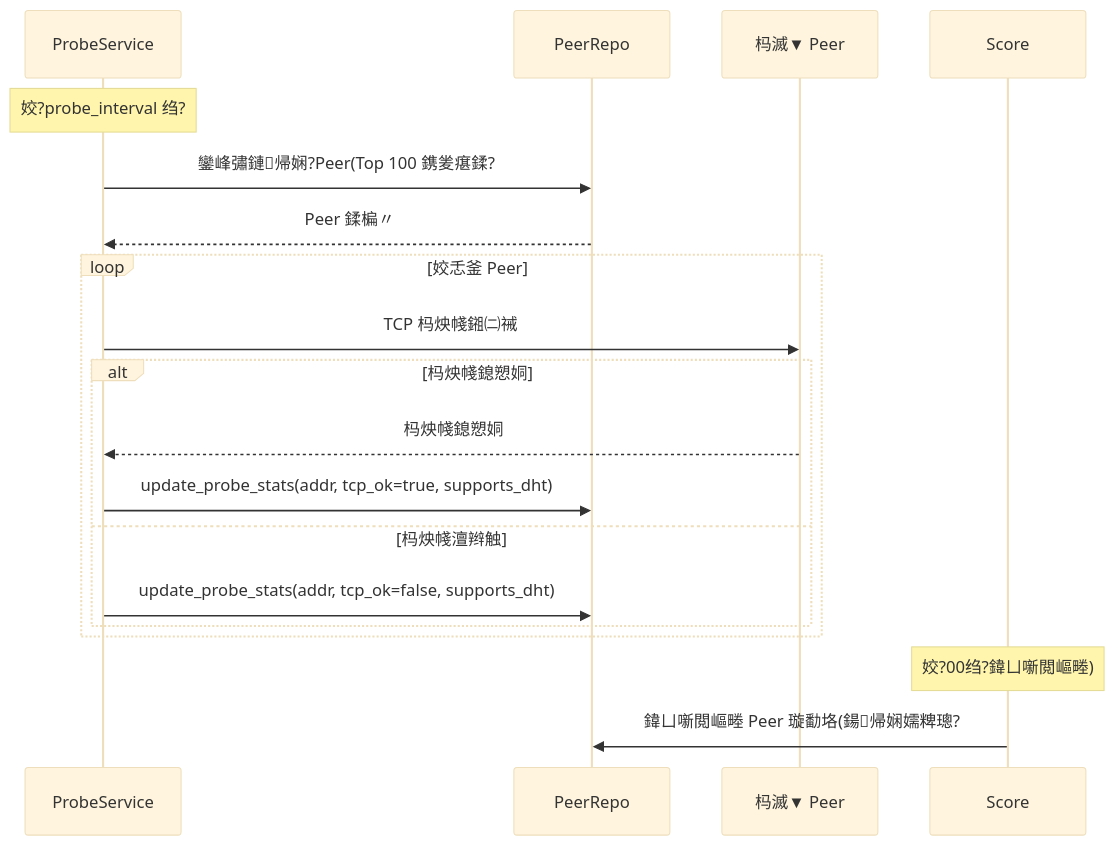
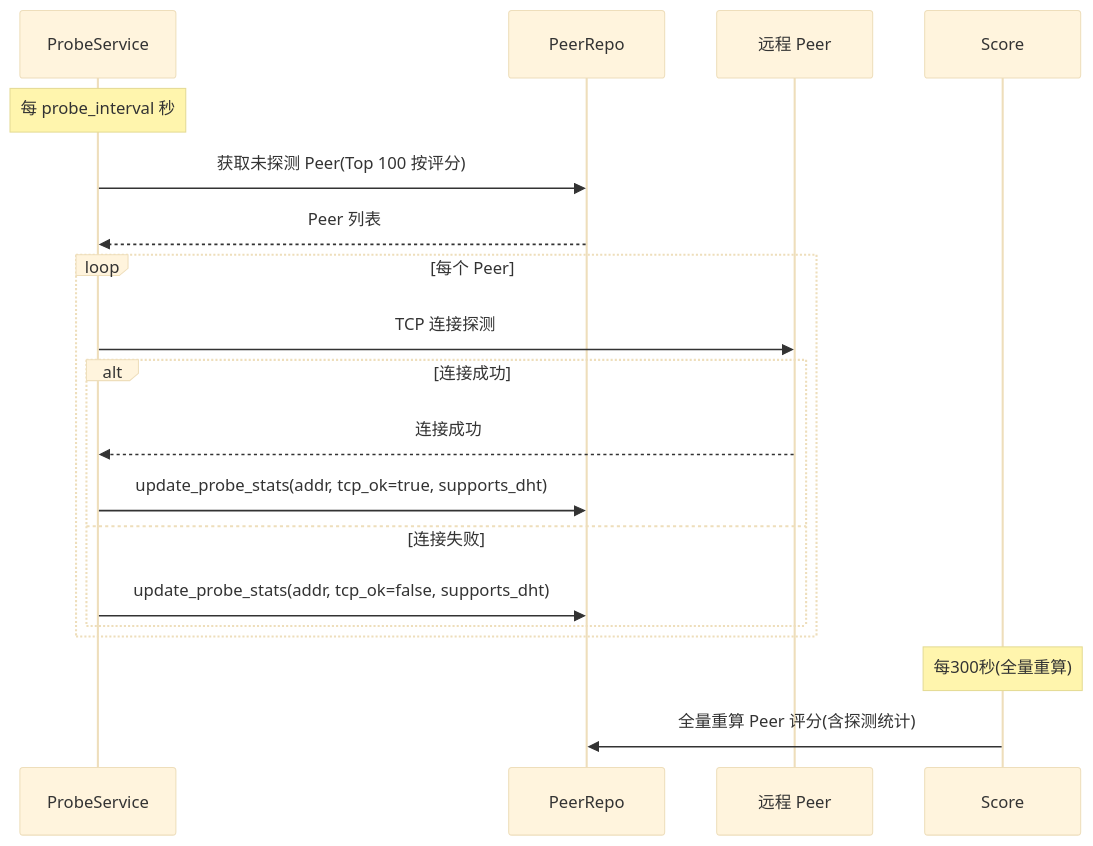
Before and after one commit to PandaNetOS/pdc: the fourth of 6 diagrams in docs/architecture/05-runtime-flow.md, drawn with Mermaid. The commit also changed other lines of this file and 4 other files, not shown here.

````diff
--- a/docs/architecture/05-runtime-flow.md
+++ b/docs/architecture/05-runtime-flow.md
@@ -109,24 +109,24 @@
 ```mermaid
 %%{init: {'theme':'base', 'themeVariables': {'fontSize':'16px'}, 'flowchart': {'nodeSpacing': 50, 'rankSpacing': 80}, 'sequence': {'actorMargin': 50, 'messageMargin': 20}}}%%
 sequenceDiagram
     participant Probe as ProbeService
     participant PeerRepo as PeerRepo
-    participant Peer as 杩滅▼ Peer
+    participant Peer as 远程 Peer
 
-    Note over Probe: 姣?probe_interval 绉?
-    Probe->>PeerRepo: 鑾峰彇鏈帰娴?Peer(Top 100 鎸夎瘎鍒?
-    PeerRepo-->>Probe: Peer 鍒楄〃
+    Note over Probe: 每 probe_interval 秒
+    Probe->>PeerRepo: 获取未探测 Peer(Top 100 按评分)
+    PeerRepo-->>Probe: Peer 列表
 
-    loop 姣忎釜 Peer
-        Probe->>Peer: TCP 杩炴帴鎺㈡祴
-        alt 杩炴帴鎴愬姛
-            Peer-->>Probe: 杩炴帴鎴愬姛
+    loop 每个 Peer
+        Probe->>Peer: TCP 连接探测
+        alt 连接成功
+            Peer-->>Probe: 连接成功
             Probe->>PeerRepo: update_probe_stats(addr, tcp_ok=true, supports_dht)
-        else 杩炴帴澶辫触
+        else 连接失败
             Probe->>PeerRepo: update_probe_stats(addr, tcp_ok=false, supports_dht)
         end
     end
 
-    Note over Score: 姣?00绉?鍏ㄩ噺閲嶇畻)
-    Score->>PeerRepo: 鍏ㄩ噺閲嶇畻 Peer 璇勫垎(鍚帰娴嬬粺璁?
+    Note over Score: 每300秒(全量重算)
+    Score->>PeerRepo: 全量重算 Peer 评分(含探测统计)
 ```
````
